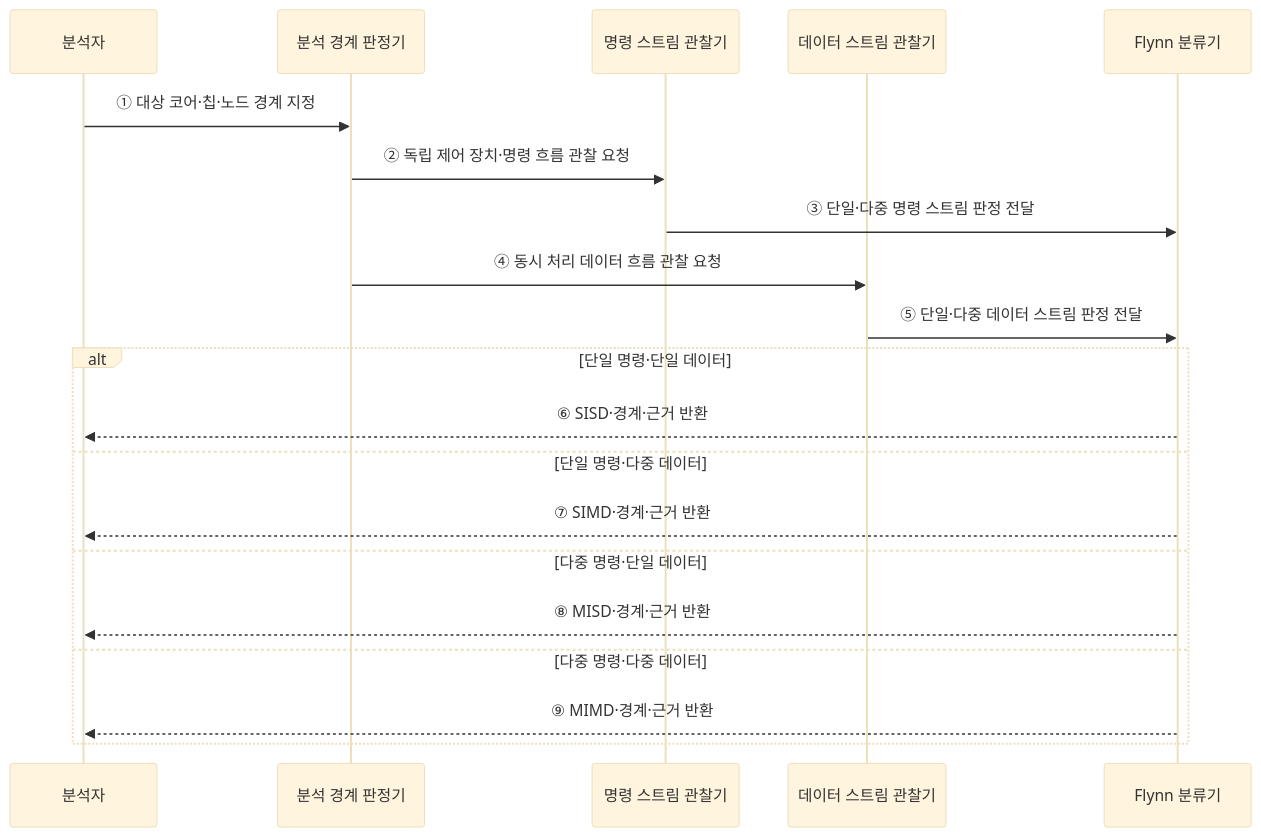
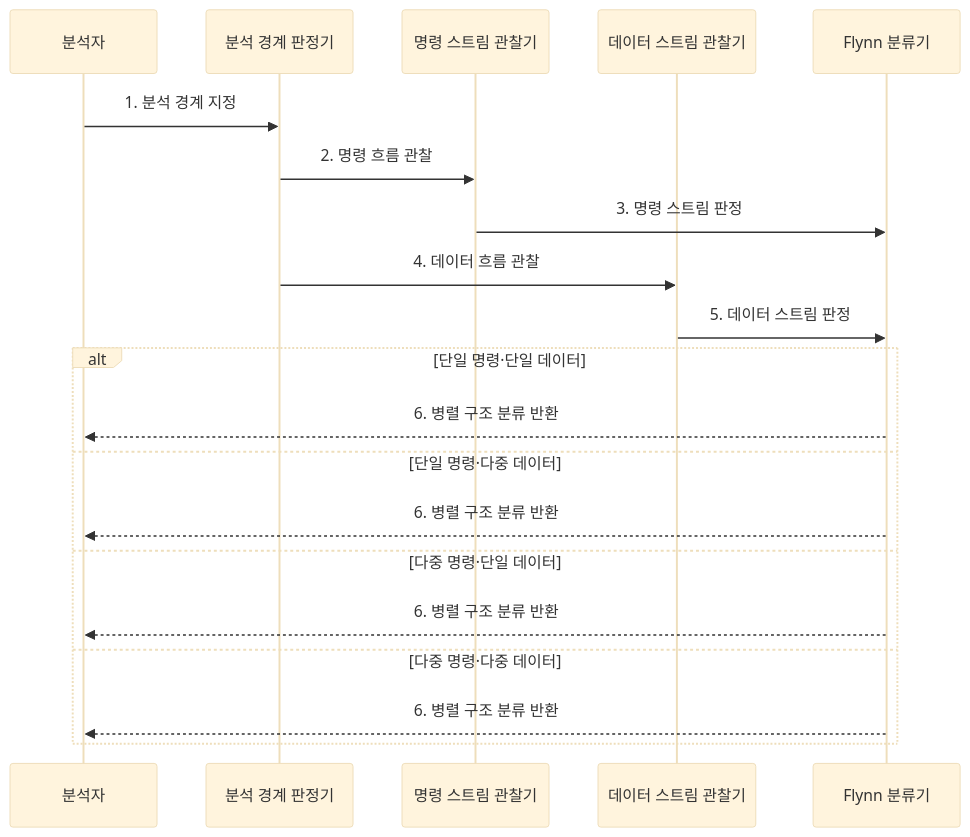
Before and after one commit to agnusdei1207/knowledge-base: the second of 2 diagrams in src/content/docs/notes/02-hardware/052_flynns_taxonomy.md, drawn with Mermaid (base theme). The commit also changed other lines of this file and 20 other files, not shown here.

````diff
--- a/src/content/docs/notes/02-hardware/052_flynns_taxonomy.md
+++ b/src/content/docs/notes/02-hardware/052_flynns_taxonomy.md
@@ -79,23 +85,23 @@
 ```mermaid
 sequenceDiagram
     participant A as 분석자
     participant B as 분석 경계 판정기
     participant I as 명령 스트림 관찰기
     participant D as 데이터 스트림 관찰기
     participant F as Flynn 분류기
 
-    A->>B: ① 대상 코어·칩·노드 경계 지정
-    B->>I: ② 독립 제어 장치·명령 흐름 관찰 요청
-    I->>F: ③ 단일·다중 명령 스트림 판정 전달
-    B->>D: ④ 동시 처리 데이터 흐름 관찰 요청
-    D->>F: ⑤ 단일·다중 데이터 스트림 판정 전달
+    A->>B: 1. 분석 경계 지정
+    B->>I: 2. 명령 흐름 관찰
+    I->>F: 3. 명령 스트림 판정
+    B->>D: 4. 데이터 흐름 관찰
+    D->>F: 5. 데이터 스트림 판정
     alt 단일 명령·단일 데이터
-        F-->>A: ⑥ SISD·경계·근거 반환
+        F-->>A: 6. 병렬 구조 분류 반환
     else 단일 명령·다중 데이터
-        F-->>A: ⑦ SIMD·경계·근거 반환
+        F-->>A: 6. 병렬 구조 분류 반환
     else 다중 명령·단일 데이터
-        F-->>A: ⑧ MISD·경계·근거 반환
+        F-->>A: 6. 병렬 구조 분류 반환
     else 다중 명령·다중 데이터
-        F-->>A: ⑨ MIMD·경계·근거 반환
+        F-->>A: 6. 병렬 구조 분류 반환
     end
 ```
````
